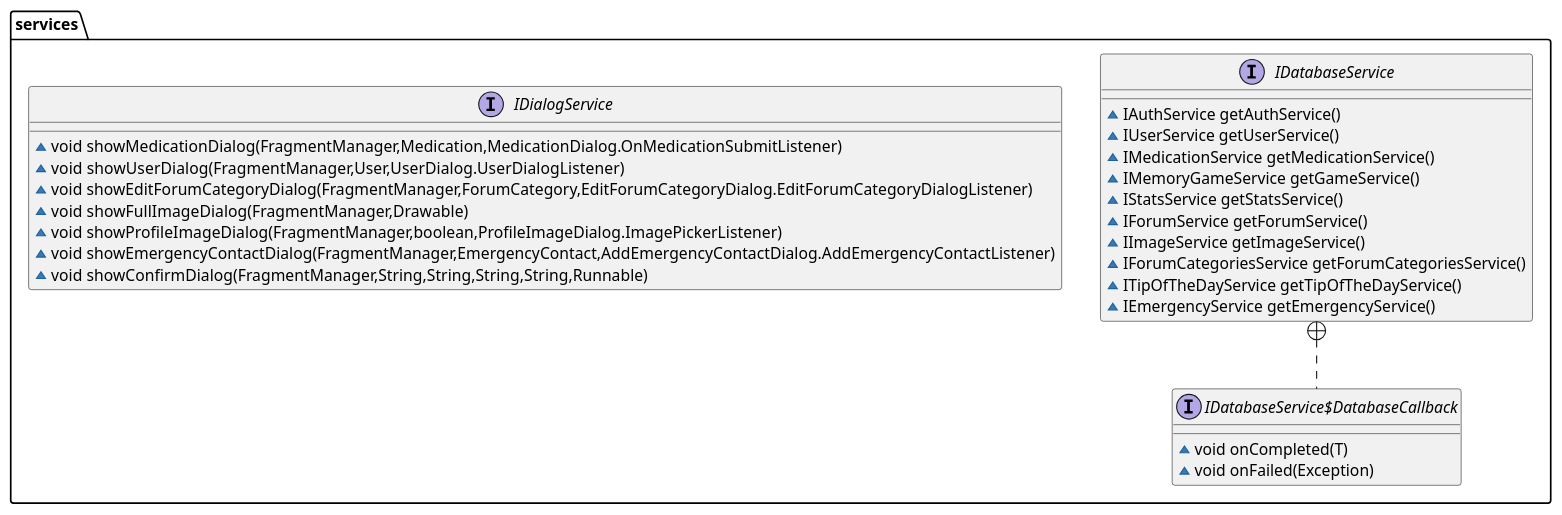
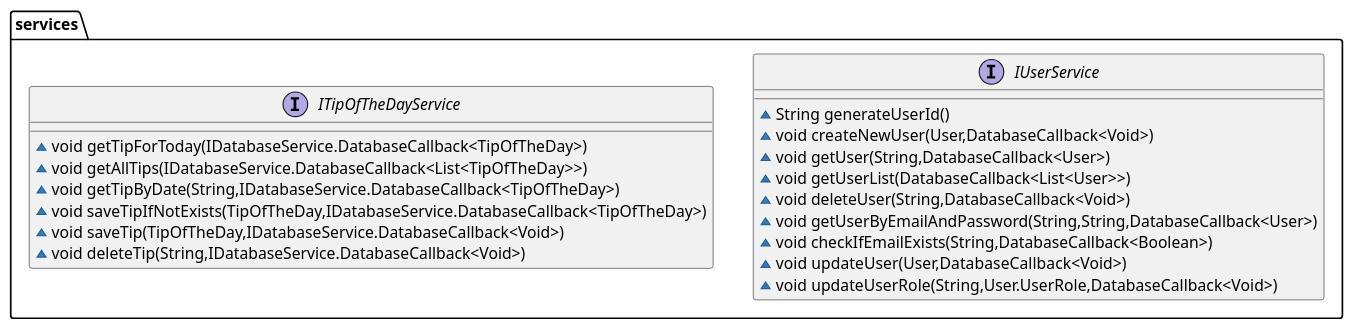
Before and after one commit to sagiv23/ShvilHazhav: the diagram in umls/services5.puml, drawn with PlantUML. The commit also changed 11 other files, not shown here.

```diff
--- a/umls/services5.puml
+++ b/umls/services5.puml
@@ -1,33 +1,23 @@
 @startuml
-interface services.IDatabaseService {
-~ IAuthService getAuthService()
-~ IUserService getUserService()
-~ IMedicationService getMedicationService()
-~ IMemoryGameService getGameService()
-~ IStatsService getStatsService()
-~ IForumService getForumService()
-~ IImageService getImageService()
-~ IForumCategoriesService getForumCategoriesService()
-~ ITipOfTheDayService getTipOfTheDayService()
-~ IEmergencyService getEmergencyService()
+interface services.IUserService {
+~ String generateUserId()
+~ void createNewUser(User,DatabaseCallback<Void>)
+~ void getUser(String,DatabaseCallback<User>)
+~ void getUserList(DatabaseCallback<List<User>>)
+~ void deleteUser(String,DatabaseCallback<Void>)
+~ void getUserByEmailAndPassword(String,String,DatabaseCallback<User>)
+~ void checkIfEmailExists(String,DatabaseCallback<Boolean>)
+~ void updateUser(User,DatabaseCallback<Void>)
+~ void updateUserRole(String,User.UserRole,DatabaseCallback<Void>)
 }
 
-interface services.IDatabaseService$DatabaseCallback {
-~ void onCompleted(T)
-~ void onFailed(Exception)
+interface services.ITipOfTheDayService {
+~ void getTipForToday(IDatabaseService.DatabaseCallback<TipOfTheDay>)
+~ void getAllTips(IDatabaseService.DatabaseCallback<List<TipOfTheDay>>)
+~ void getTipByDate(String,IDatabaseService.DatabaseCallback<TipOfTheDay>)
+~ void saveTipIfNotExists(TipOfTheDay,IDatabaseService.DatabaseCallback<TipOfTheDay>)
+~ void saveTip(TipOfTheDay,IDatabaseService.DatabaseCallback<Void>)
+~ void deleteTip(String,IDatabaseService.DatabaseCallback<Void>)
 }
 
-interface services.IDialogService {
-~ void showMedicationDialog(FragmentManager,Medication,MedicationDialog.OnMedicationSubmitListener)
-~ void showUserDialog(FragmentManager,User,UserDialog.UserDialogListener)
-~ void showEditForumCategoryDialog(FragmentManager,ForumCategory,EditForumCategoryDialog.EditForumCategoryDialogListener)
-~ void showFullImageDialog(FragmentManager,Drawable)
-~ void showProfileImageDialog(FragmentManager,boolean,ProfileImageDialog.ImagePickerListener)
-~ void showEmergencyContactDialog(FragmentManager,EmergencyContact,AddEmergencyContactDialog.AddEmergencyContactListener)
-~ void showConfirmDialog(FragmentManager,String,String,String,String,Runnable)
-}
-
-
-
-services.IDatabaseService +.. services.IDatabaseService$DatabaseCallback
 @enduml
```
